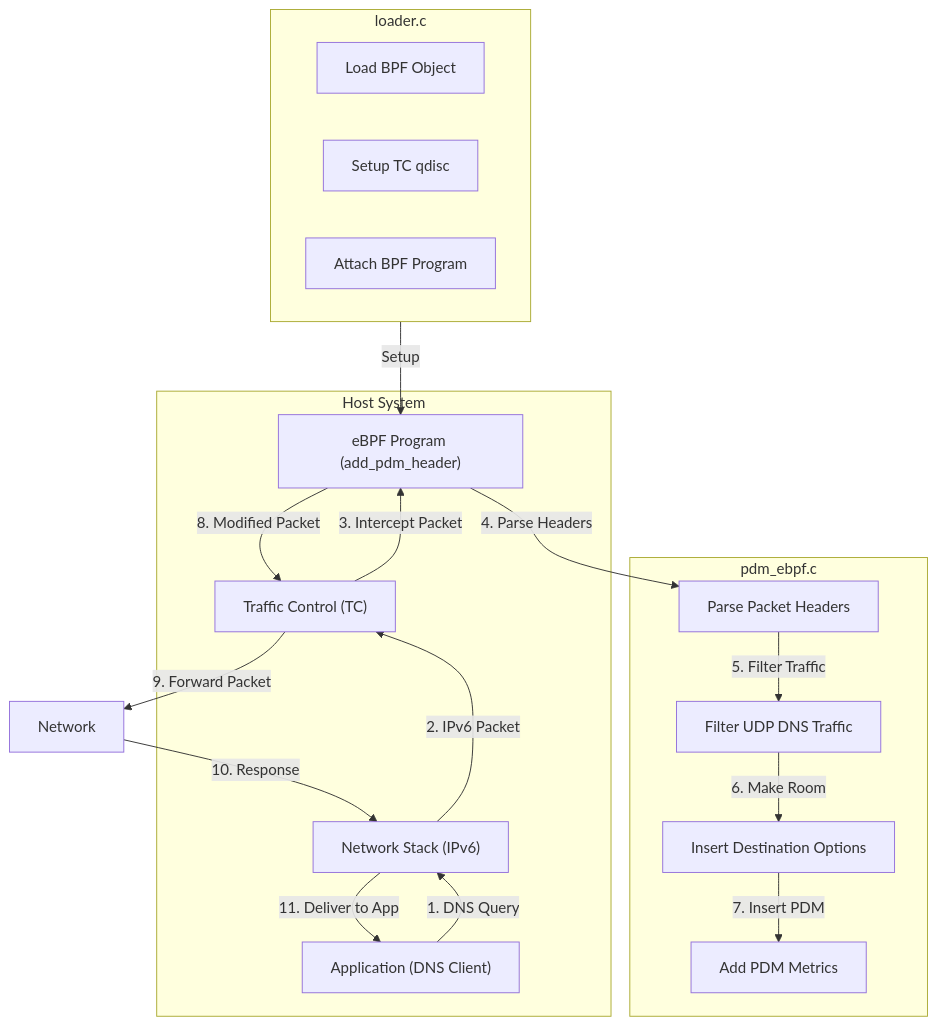
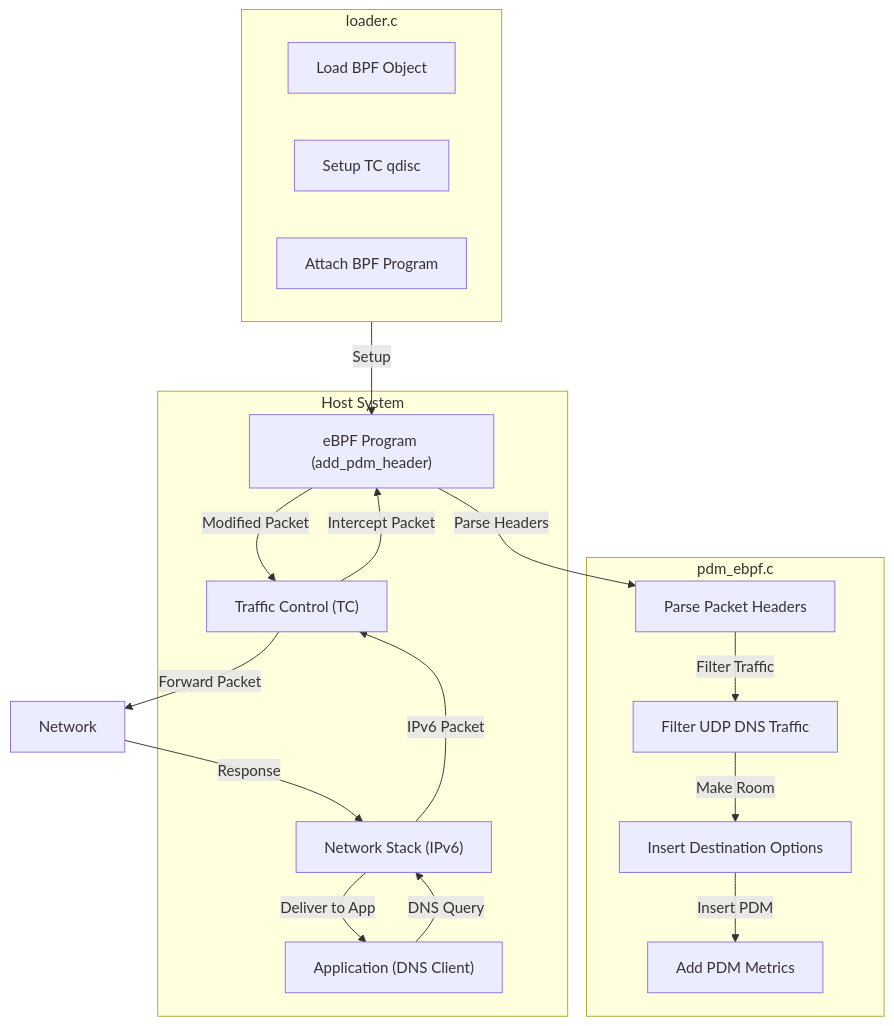
One commit to Adi7015YT/IPv6-Performance-and-Diagnostic-Metrics changed the diagram in ebpf_PDMClient/pdm-architecture-diagram.mermaid. Above: the diagram before and after it, drawn with Mermaid.

```diff
--- a/ebpf_PDMClient/pdm-architecture-diagram.mermaid
+++ b/ebpf_PDMClient/pdm-architecture-diagram.mermaid
@@ -1,38 +1,38 @@
 flowchart TB
     subgraph Host["Host System"]
         App["Application (DNS Client)"]
         IP["Network Stack (IPv6)"]
         TC["Traffic Control (TC)"]
         BPF["eBPF Program (add_pdm_header)"]
     end
     Net["Network"]
-
+    
     subgraph loader["loader.c"]
         L1["Load BPF Object"]
         L2["Setup TC qdisc"]
         L3["Attach BPF Program"]
     end
-
+    
     subgraph pdm["pdm_ebpf.c"]
         P1["Parse Packet Headers"]
         P2["Filter UDP DNS Traffic"]
         P3["Insert Destination Options"]
         P4["Add PDM Metrics"]
     end
-
-    App -- "1. DNS Query" --> IP
-    IP -- "2. IPv6 Packet" --> TC
-    TC -- "3. Intercept Packet" --> BPF
-
-    BPF -- "4. Parse Headers" --> P1
-    P1 -- "5. Filter Traffic" --> P2
-    P2 -- "6. Make Room" --> P3
-    P3 -- "7. Insert PDM" --> P4
-
-    BPF -- "8. Modified Packet" --> TC
-    TC -- "9. Forward Packet" --> Net
-
-    Net -- "10. Response" --> IP
-    IP -- "11. Deliver to App" --> App
-
-    loader -- "Setup" --> BPF
+    
+    App -->|DNS Query| IP
+    IP -->|IPv6 Packet| TC
+    TC -->|Intercept Packet| BPF
+    
+    BPF -->|Parse Headers| P1
+    P1 -->|Filter Traffic| P2
+    P2 -->|Make Room| P3
+    P3 -->|Insert PDM| P4
+    
+    BPF -->|Modified Packet| TC
+    TC -->|Forward Packet| Net
+    
+    Net -->|Response| IP
+    IP -->|Deliver to App| App
+    
+    loader -->|Setup| BPF
```
